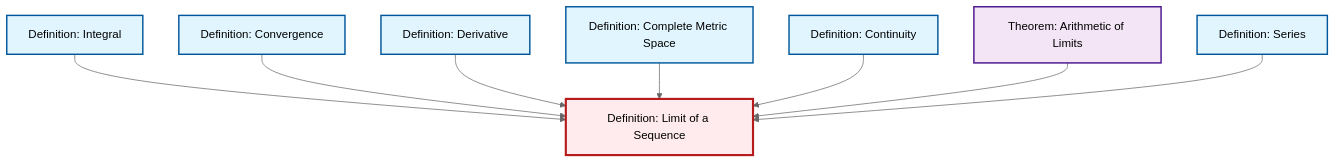
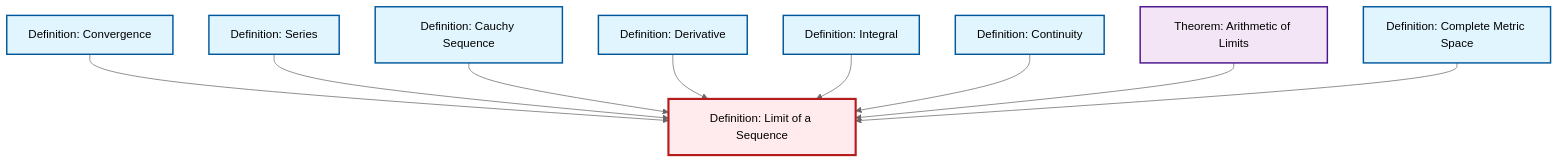
One commit to RK0429/ModernMath changed the diagram in content/ja/analysis/def-limit.qmd. Above: the diagram before and after it, drawn with Mermaid (neutral theme). The commit also changed 531 other files, not shown here.

````diff
--- a/content/ja/analysis/def-limit.qmd
+++ b/content/ja/analysis/def-limit.qmd
@@ -49,32 +49,35 @@
 ```{mermaid}
 %%| fig-cap: "Local dependency graph"
 graph TD
     classDef definition fill:#e1f5fe,stroke:#01579b,stroke-width:2px
     classDef theorem fill:#f3e5f5,stroke:#4a148c,stroke-width:2px
     classDef axiom fill:#fff3e0,stroke:#e65100,stroke-width:2px
     classDef example fill:#e8f5e9,stroke:#1b5e20,stroke-width:2px
     classDef current fill:#ffebee,stroke:#b71c1c,stroke-width:3px
+    def-continuity["Definition: Continuity"]:::definition
+    def-integral["Definition: Integral"]:::definition
+    def-series["Definition: Series"]:::definition
     def-limit["Definition: Limit of a Sequence"]:::definition
-    def-series["Definition: Series"]:::definition
+    def-derivative["Definition: Derivative"]:::definition
     def-convergence["Definition: Convergence"]:::definition
+    def-cauchy-sequence["Definition: Cauchy Sequence"]:::definition
+    thm-limit-arithmetic["Theorem: Arithmetic of Limits"]:::theorem
     def-complete-metric-space["Definition: Complete Metric Space"]:::definition
-    def-integral["Definition: Integral"]:::definition
-    def-derivative["Definition: Derivative"]:::definition
-    def-continuity["Definition: Continuity"]:::definition
-    thm-limit-arithmetic["Theorem: Arithmetic of Limits"]:::theorem
+    def-convergence --> def-limit
+    def-series --> def-limit
+    def-cauchy-sequence --> def-limit
+    def-derivative --> def-limit
     def-integral --> def-limit
-    def-convergence --> def-limit
-    def-derivative --> def-limit
-    def-complete-metric-space --> def-limit
     def-continuity --> def-limit
     thm-limit-arithmetic --> def-limit
-    def-series --> def-limit
+    def-complete-metric-space --> def-limit
     class def-limit current
+    click def-continuity "def-continuity.html" "Definition: Continuityへ"
+    click def-integral "def-integral.html" "Definition: Integralへ"
     click def-series "def-series.html" "Definition: Seriesへ"
+    click def-derivative "def-derivative.html" "Definition: Derivativeへ"
     click def-convergence "def-convergence.html" "Definition: Convergenceへ"
+    click def-cauchy-sequence "def-cauchy-sequence.html" "Definition: Cauchy Sequenceへ"
+    click thm-limit-arithmetic "thm-limit-arithmetic.html" "Theorem: Arithmetic of Limitsへ"
     click def-complete-metric-space "def-complete-metric-space.html" "Definition: Complete Metric Spaceへ"
-    click def-integral "def-integral.html" "Definition: Integralへ"
-    click def-derivative "def-derivative.html" "Definition: Derivativeへ"
-    click def-continuity "def-continuity.html" "Definition: Continuityへ"
-    click thm-limit-arithmetic "thm-limit-arithmetic.html" "Theorem: Arithmetic of Limitsへ"
 ```
````
